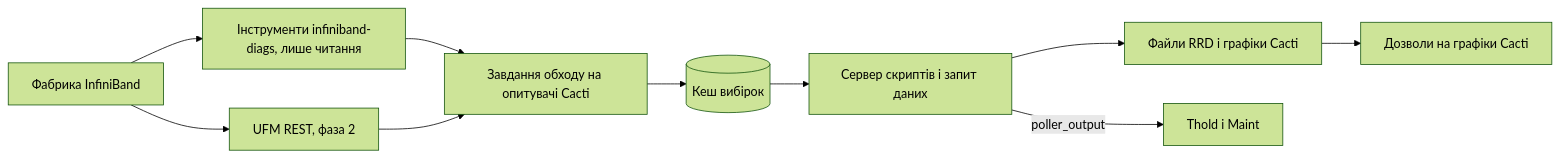
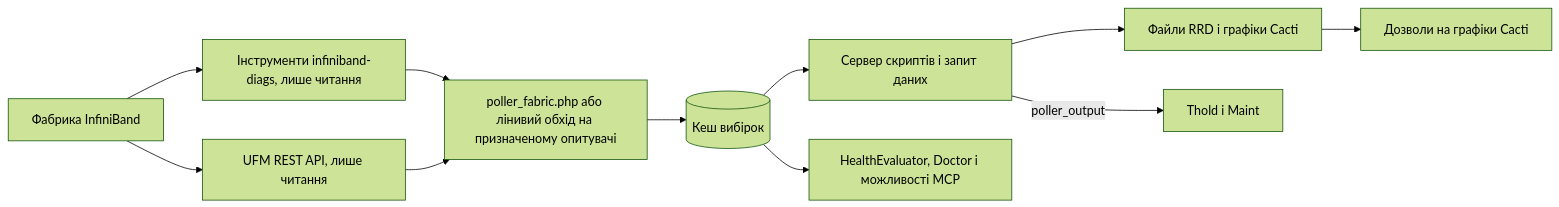
One commit to somethingwithproof/plugin_fabric changed the diagram in docs/i18n/uk-UA/README.md. Above: the diagram before and after it, drawn with Mermaid (forest theme). The commit also changed other lines of this file and 48 other files, not shown here.

````diff
--- a/docs/i18n/uk-UA/README.md
+++ b/docs/i18n/uk-UA/README.md
@@ -102,12 +132,13 @@
 ```mermaid
 flowchart LR
     F[Фабрика InfiniBand] --> T[Інструменти infiniband-diags, лише читання]
-    F --> U[UFM REST, фаза 2]
-    T --> S[Завдання обходу на опитувачі Cacti]
+    F --> U[UFM REST API, лише читання]
+    T --> S[poller_fabric.php або лінивий обхід на призначеному опитувачі]
     U --> S
     S --> C[(Кеш вибірок)]
     C --> SS[Сервер скриптів і запит даних]
     SS --> R[Файли RRD і графіки Cacti]
     SS -->|poller_output| TH[Thold і Maint]
+    C --> H[HealthEvaluator, Doctor і можливості MCP]
     R --> P[Дозволи на графіки Cacti]
 ```
````
